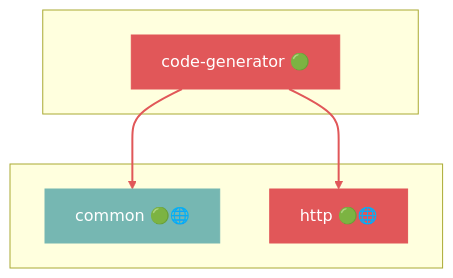
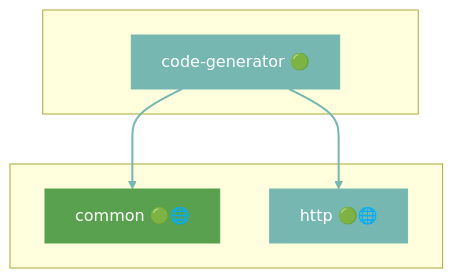
One commit to grest-ts/grest-ts changed the fifth of 45 diagrams in docs/DEPENDENCIES.md. Above: the diagram before and after it, drawn with Mermaid. The commit also changed other lines of this file and 6 other files, not shown here.

````diff
--- a/docs/DEPENDENCIES.md
+++ b/docs/DEPENDENCIES.md
@@ -461,17 +479,17 @@
 ```mermaid
 flowchart TB
     subgraph Package[" "]
         code-generator["code-generator 🟢"]
     end
     subgraph Dependencies[" "]
         common["common 🟢🌐"]
         http["http 🟢🌐"]
     end
     code-generator --> common
     code-generator --> http
-    style code-generator fill:#E15759,stroke:#E15759,color:#fff
-    style common fill:#76B7B2,stroke:#76B7B2,color:#fff
-    style http fill:#E15759,stroke:#E15759,color:#fff
-    linkStyle 0 stroke:#E15759,stroke-width:2px
-    linkStyle 1 stroke:#E15759,stroke-width:2px
+    style code-generator fill:#76B7B2,stroke:#76B7B2,color:#fff
+    style common fill:#59A14F,stroke:#59A14F,color:#fff
+    style http fill:#76B7B2,stroke:#76B7B2,color:#fff
+    linkStyle 0 stroke:#76B7B2,stroke-width:2px
+    linkStyle 1 stroke:#76B7B2,stroke-width:2px
 ```
````
